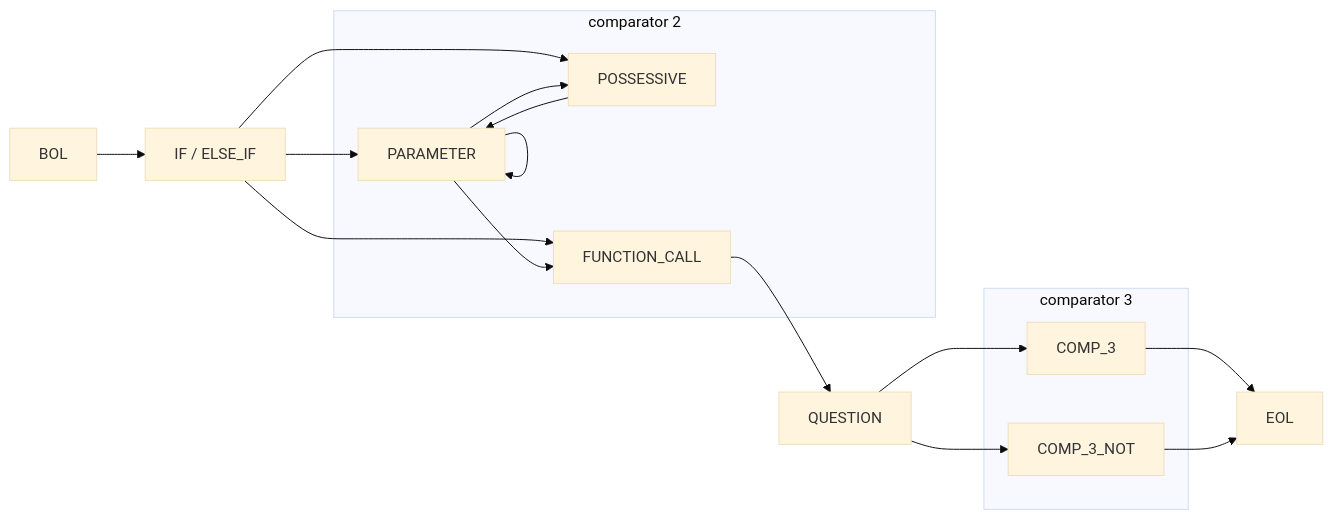
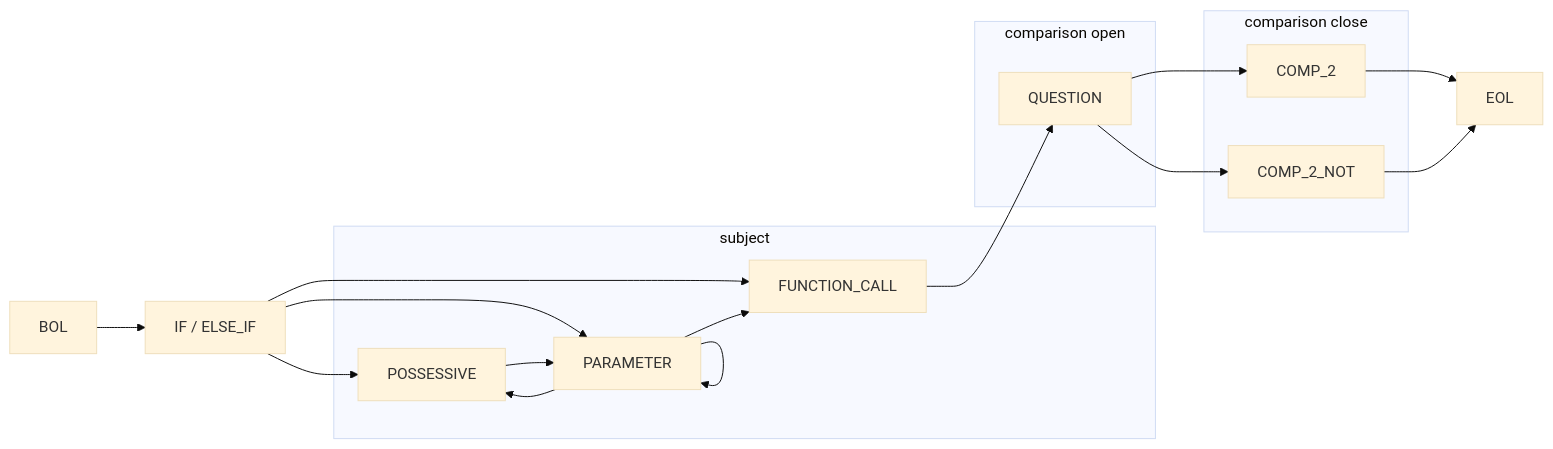
Before and after one commit to rewhowe/snapdragon: the ninth of 12 diagrams in documentation/nfsm.md, drawn with Mermaid (base theme). The commit also changed other lines of this file and 106 other files, not shown here.

````diff
--- a/documentation/nfsm.md
+++ b/documentation/nfsm.md
@@ -206,30 +241,34 @@
 ```mermaid
 graph LR
   BOL --> IF[IF / ELSE_IF]
 
+  IF[IF / ELSE_IF ] --> POSSESSIVE
   IF[IF / ELSE_IF ] --> PARAMETER
-  IF[IF / ELSE_IF ] --> POSSESSIVE
   IF[IF / ELSE_IF ] --> FUNCTION_CALL
 
-  subgraph comparator 2
+  subgraph subject
+    PARAMETER --> POSSESSIVE
     PARAMETER --> PARAMETER
-    PARAMETER --> POSSESSIVE
     PARAMETER --> FUNCTION_CALL
 
     POSSESSIVE --> PARAMETER
   end
 
   FUNCTION_CALL --> QUESTION
 
-  QUESTION --> COMP_3
-  QUESTION --> COMP_3_NOT
+  QUESTION --> COMP_2
+  QUESTION --> COMP_2_NOT
 
-  COMP_3 --> EOL
+  COMP_2 --> EOL
 
-  COMP_3_NOT --> EOL
+  COMP_2_NOT --> EOL
 
-  subgraph comparator 3
-    COMP_3
-    COMP_3_NOT
+  subgraph comparison open
+    QUESTION
+  end
+
+  subgraph comparison close
+    COMP_2
+    COMP_2_NOT
   end
 ```
````
